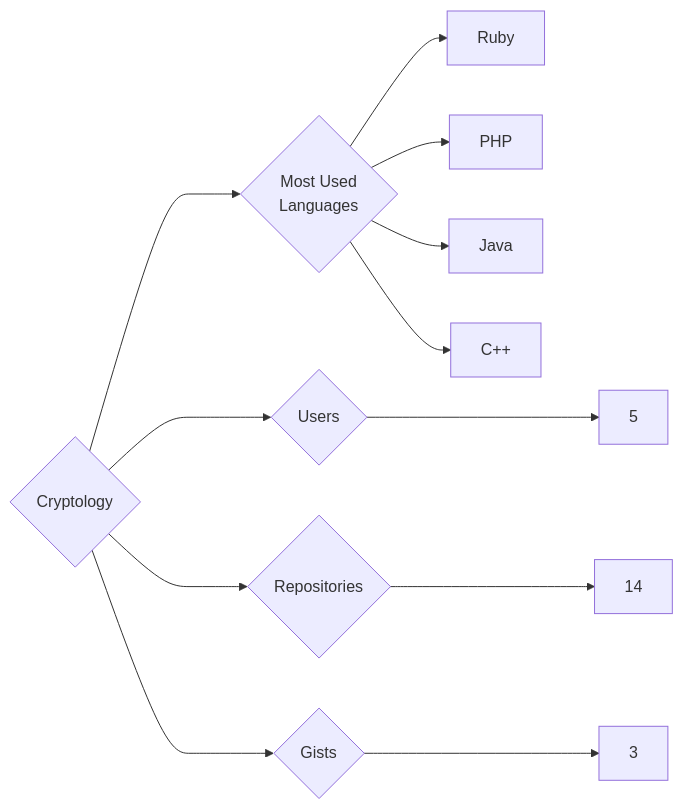
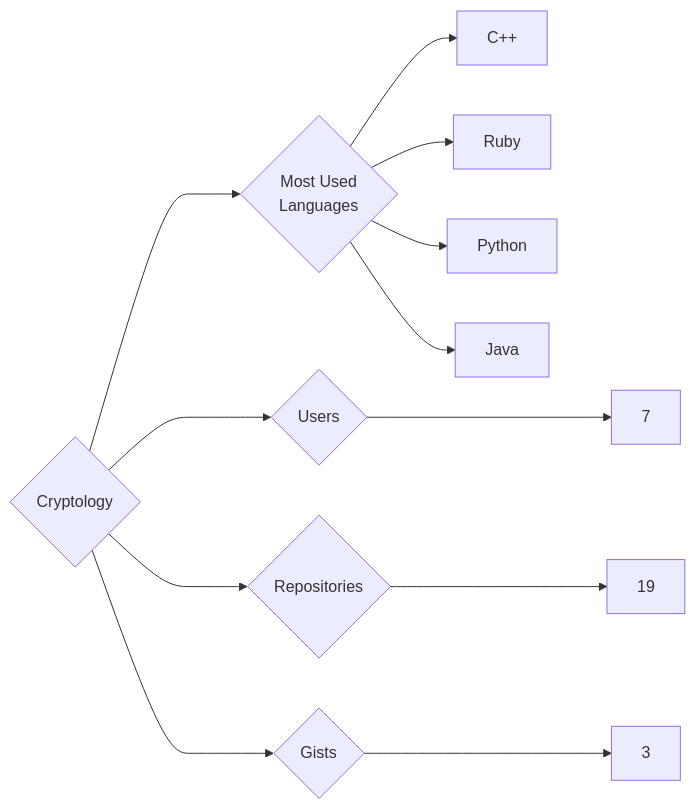
Before and after one commit to trickest/insiders: the diagram in targets/Cryptology/README.md, drawn with Mermaid. The commit also changed 933 other files, not shown here.

````diff
--- a/targets/Cryptology/README.md
+++ b/targets/Cryptology/README.md
@@ -3,12 +3,12 @@
 ```mermaid
 graph LR
 COMPANY_NAME{Cryptology}
-COMPANY_NAME ---> U{Users} ---> UN[5]
-COMPANY_NAME ---> R{Repositories} ---> RN[14]
+COMPANY_NAME ---> U{Users} ---> UN[7]
+COMPANY_NAME ---> R{Repositories} ---> RN[19]
 COMPANY_NAME ---> G{Gists} ---> GN[3]
 COMPANY_NAME ---> ML{Most Used<br>Languages}
+ML --> C++[C++]
 ML --> Ruby[Ruby]
-ML --> PHP[PHP]
+ML --> Python[Python]
 ML --> Java[Java]
-ML --> C++[C++]
 ```
````
